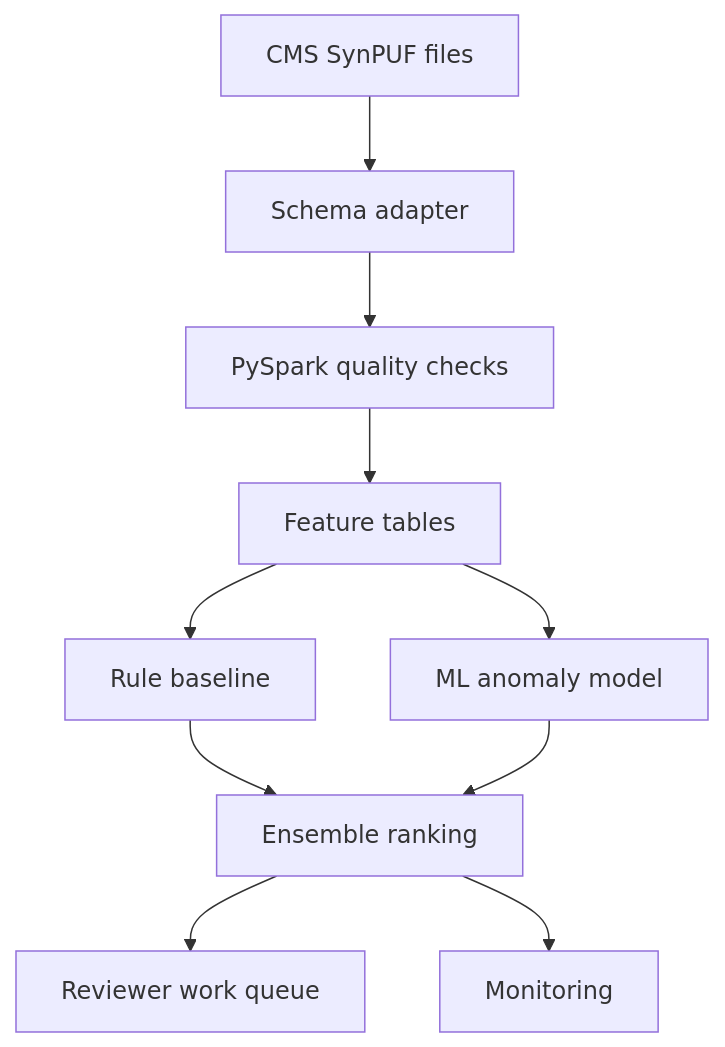
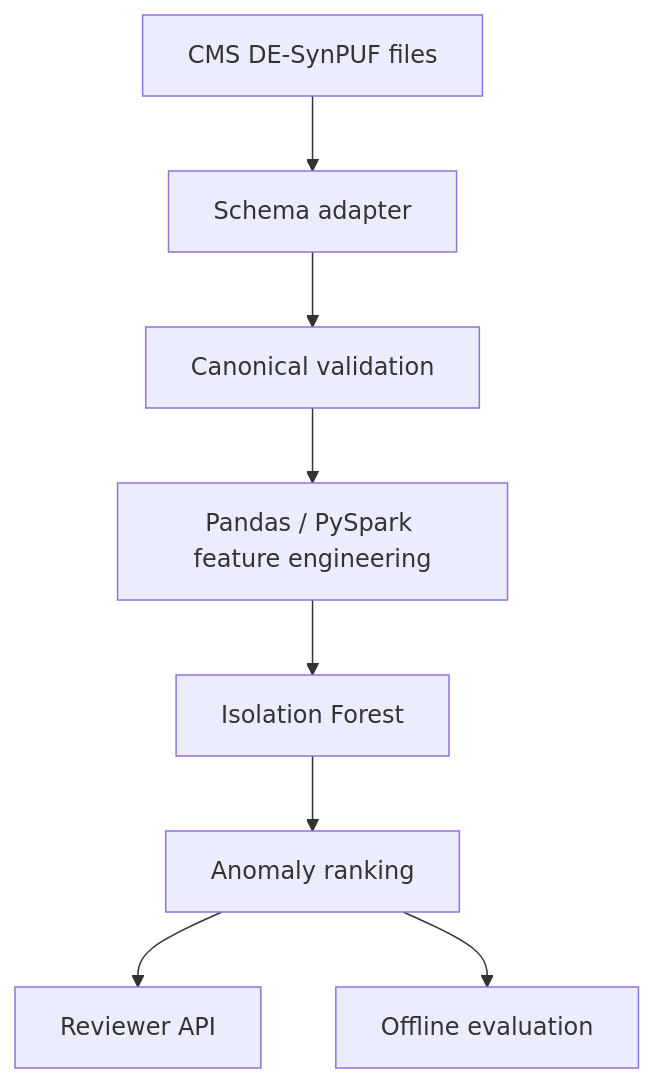
Before and after one commit to GowthamKondabolu/claim-guard: the diagram in docs/architecture.md, drawn with Mermaid. The commit also changed other lines of this file and 1 other file, not shown here.

Commit message:
Document PySpark feature pipeline

````diff
--- a/docs/architecture.md
+++ b/docs/architecture.md
@@ -37,12 +37,10 @@
 ```mermaid
 flowchart TD
-    A["CMS SynPUF files"] --> B["Schema adapter"]
-    B --> C["PySpark quality checks"]
-    C --> D["Feature tables"]
-    D --> E["Rule baseline"]
-    D --> F["ML anomaly model"]
-    E --> G["Ensemble ranking"]
-    F --> G
-    G --> H["Reviewer work queue"]
-    G --> I["Monitoring"]
+    A["CMS DE-SynPUF files"] --> B["Schema adapter"]
+    B --> C["Canonical validation"]
+    C --> D["Pandas / PySpark feature engineering"]
+    D --> E["Isolation Forest"]
+    E --> F["Anomaly ranking"]
+    F --> G["Reviewer API"]
+    F --> H["Offline evaluation"]
 ```
````
